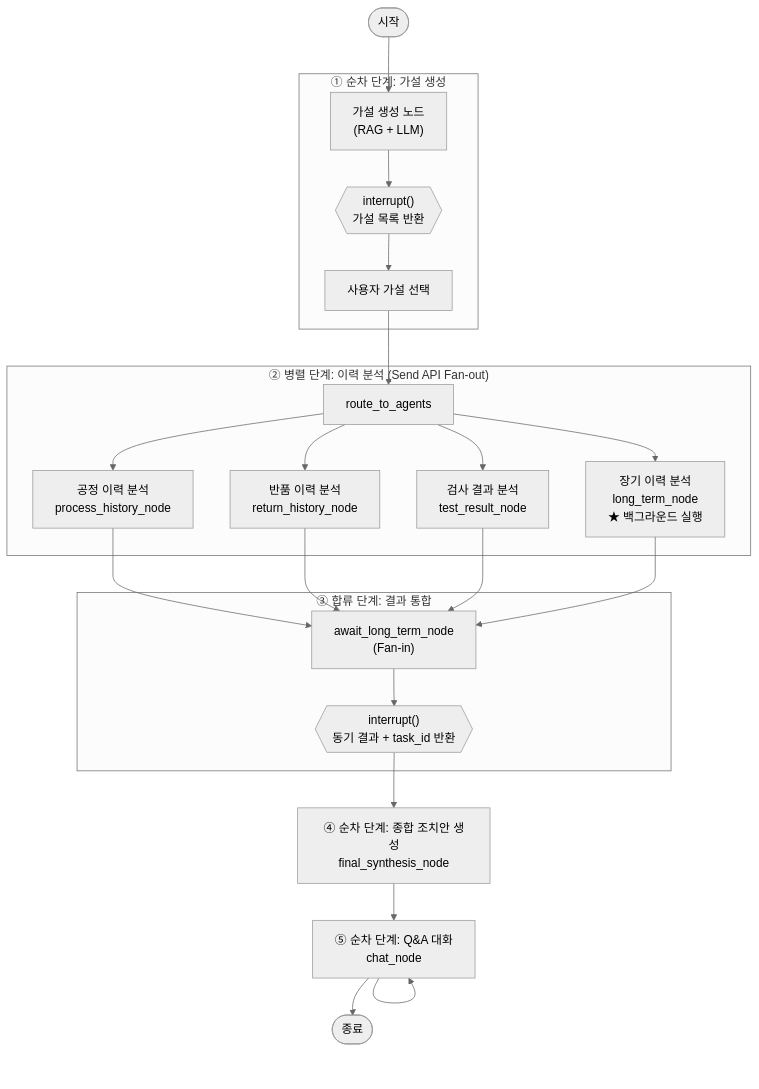
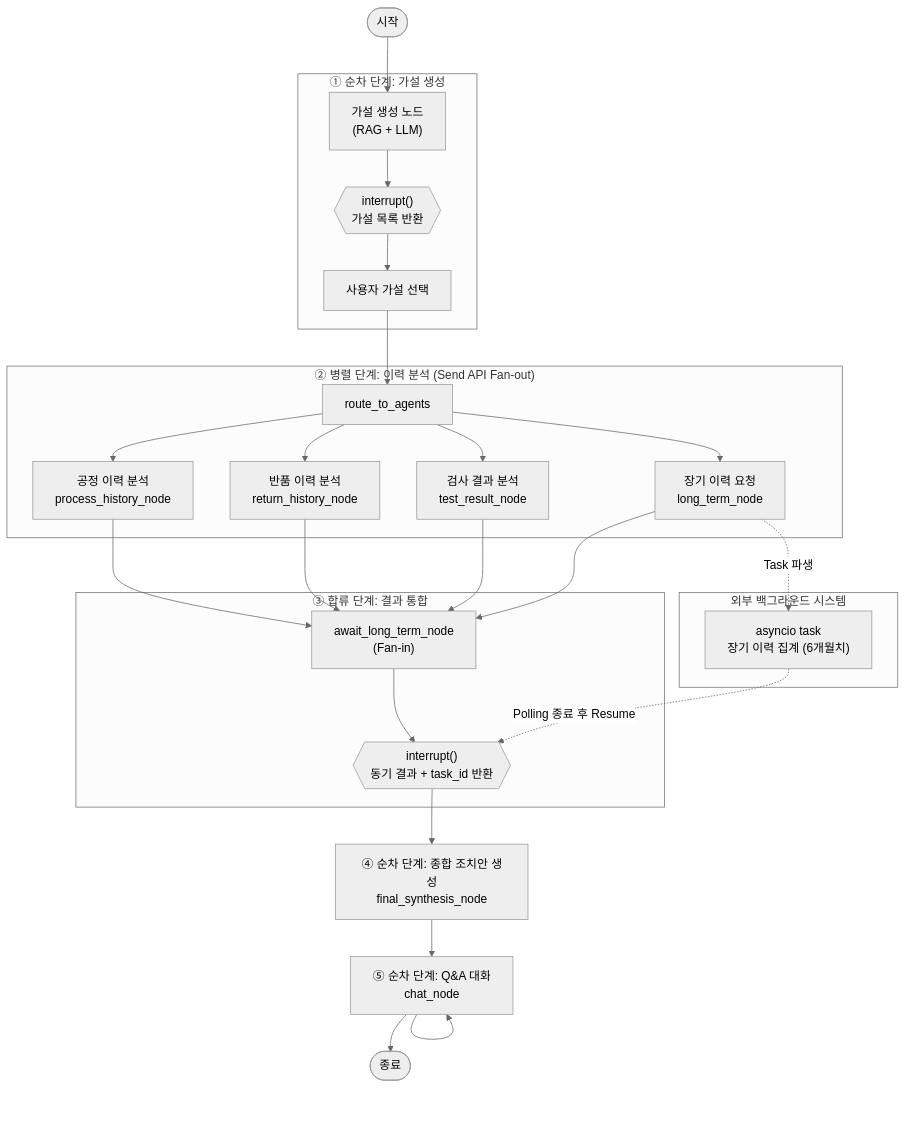
One commit to daehun1102/langchain_study changed the fifth of 10 diagrams in 3_playground/display_defect_chatbot/docs/final_presentation.md. Above: the diagram before and after it, drawn with Mermaid (neutral theme). The commit also changed other lines of this file, not shown here.

Commit message:
docs: Set sequential step flowchart to vertical (TD) layout

````diff
--- a/3_playground/display_defect_chatbot/docs/final_presentation.md
+++ b/3_playground/display_defect_chatbot/docs/final_presentation.md
@@ -88,34 +88,42 @@
 ```mermaid
 flowchart TD
     START([시작]) --> A
 
     subgraph SEQ1["① 순차 단계: 가설 생성"]
         A["가설 생성 노드<br>(RAG + LLM)"]
         A --> INT1{{"interrupt()<br>가설 목록 반환"}}
         INT1 --> A2["사용자 가설 선택"]
     end
 
     A2 --> B
 
     subgraph PAR["② 병렬 단계: 이력 분석 (Send API Fan-out)"]
         B["route_to_agents"]
         B --> C1["공정 이력 분석<br>process_history_node"]
         B --> C2["반품 이력 분석<br>return_history_node"]
         B --> C3["검사 결과 분석<br>test_result_node"]
-        B --> C4["장기 이력 분석<br>long_term_node<br>★ 백그라운드 실행"]
+        B --> C4["장기 이력 요청<br>long_term_node"]
     end
+
+    subgraph EXT["외부 백그라운드 시스템"]
+        BG["asyncio task<br>장기 이력 집계 (6개월치)"]
+    end
+
+    C4 -. "Task 파생" .-> BG
 
     subgraph JOIN["③ 합류 단계: 결과 통합"]
         C1 --> D["await_long_term_node<br>(Fan-in)"]
         C2 --> D
         C3 --> D
         C4 --> D
         D --> INT2{{"interrupt()<br>동기 결과 + task_id 반환"}}
     end
 
+    BG -. "Polling 종료 후 Resume" .-> INT2
+
     INT2 --> F["④ 순차 단계: 종합 조치안 생성<br>final_synthesis_node"]
 
     F --> G["⑤ 순차 단계: Q&A 대화<br>chat_node"]
     G --> G
     G --> END([종료])
 ```
````
